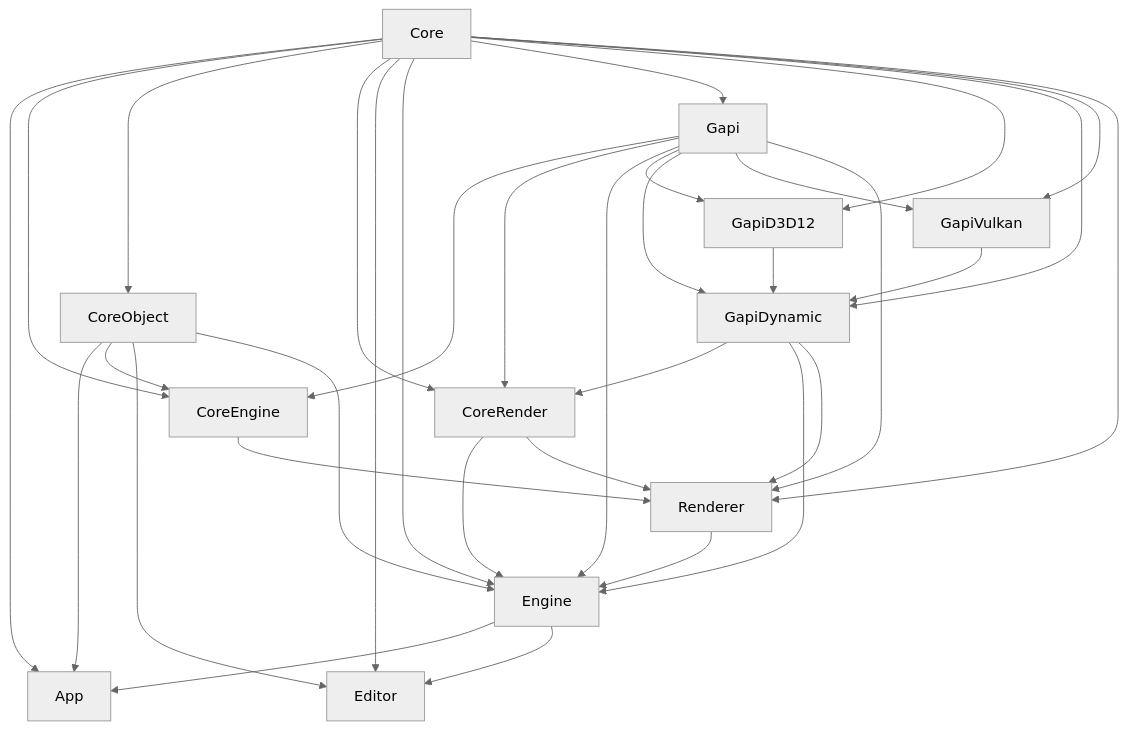
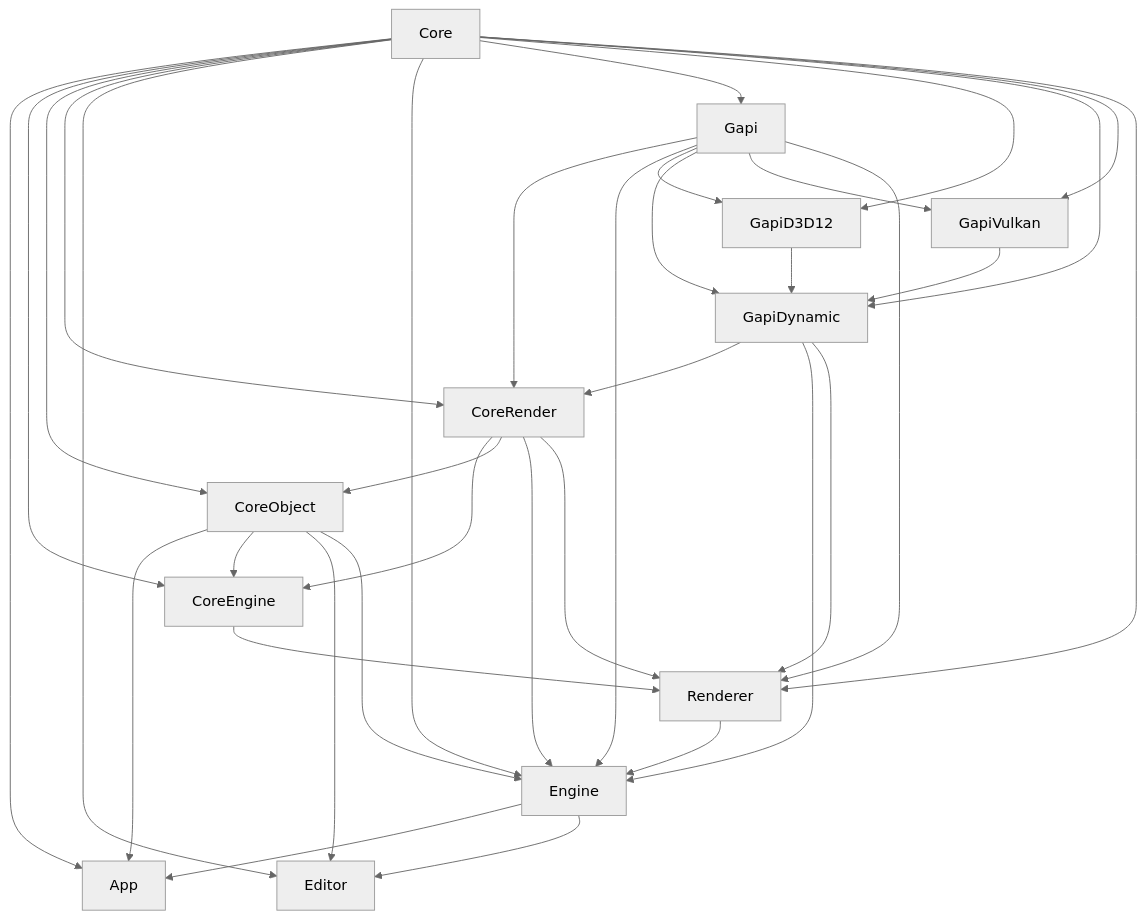
One commit to hellokenlee/NeneEngine2 changed the diagram in README.md. Above: the diagram before and after it, drawn with Mermaid (neutral theme). The commit also changed other lines of this file and 9 other files, not shown here.

````diff
--- a/README.md
+++ b/README.md
@@ -76,36 +101,37 @@
 ```mermaid
 graph TD
   Core --> App
   CoreObject --> App
   Engine --> App
   Core --> CoreEngine
   CoreObject --> CoreEngine
-  Gapi --> CoreEngine
+  CoreRender --> CoreEngine
   Core --> CoreObject
+  CoreRender --> CoreObject
   Core --> CoreRender
   Gapi --> CoreRender
   GapiDynamic --> CoreRender
   Core --> Editor
   CoreObject --> Editor
   Engine --> Editor
   Core --> Engine
   CoreObject --> Engine
   CoreRender --> Engine
   Renderer --> Engine
   Gapi --> Engine
   GapiDynamic --> Engine
   Core --> Gapi
   Core --> GapiD3D12
   Gapi --> GapiD3D12
   Core --> GapiDynamic
   Gapi --> GapiDynamic
   GapiD3D12 --> GapiDynamic
   GapiVulkan --> GapiDynamic
   Core --> GapiVulkan
   Gapi --> GapiVulkan
   Core --> Renderer
   Gapi --> Renderer
   CoreEngine --> Renderer
   CoreRender --> Renderer
   GapiDynamic --> Renderer
 ```
````
